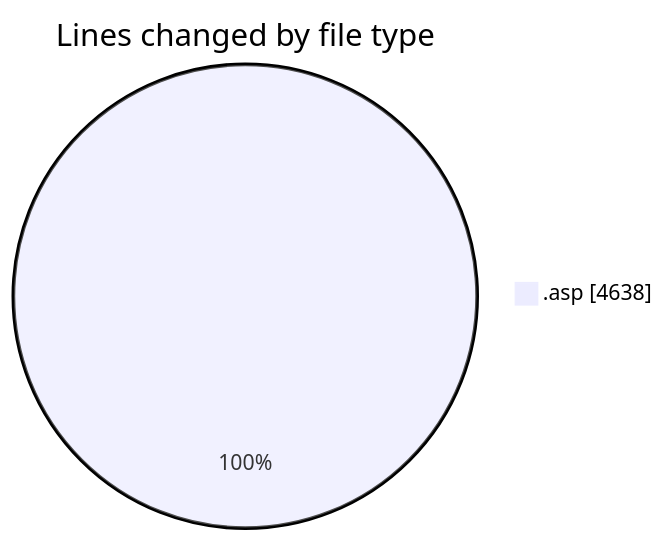
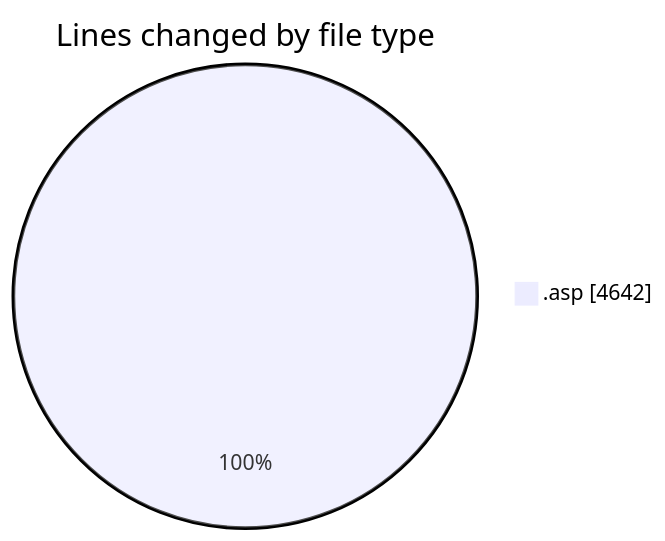
Before and after one commit to julien-gomy/code-tracking: the first of 2 diagrams in 2025-10-17/cdp_aleoudev_fr__workspace_/README.md, drawn with Mermaid. The commit also changed other lines of this file and 1 other file, not shown here.

````diff
--- a/2025-10-17/cdp_aleoudev_fr__workspace_/README.md
+++ b/2025-10-17/cdp_aleoudev_fr__workspace_/README.md
@@ -24,5 +24,5 @@
 ```mermaid
 pie showData
 title Lines changed by file type
-".asp" : 4638
+".asp" : 4642
 ```
````
